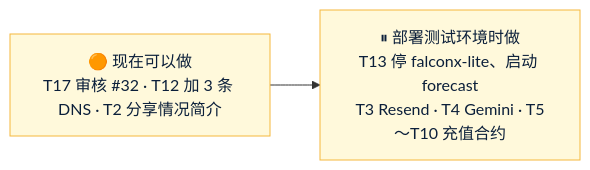
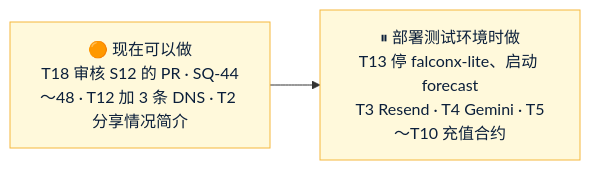
The diagram in Amos待办.md (dollar3651314/forecast), drawn with Mermaid before and after one commit. The commit also changed other lines of this file and 28 other files, not shown here.

````diff
--- a/Amos待办.md
+++ b/Amos待办.md
@@ -10,6 +10,6 @@
 ```mermaid
 flowchart LR
-    T["🟠 现在可以做<br/>T17 审核 #32 · T12 加 3 条 DNS · T2 分享情况简介"] --> D["⏸ 部署测试环境时做<br/>T13 停 falconx-lite、启动 forecast<br/>T3 Resend · T4 Gemini · T5～T10 充值合约"]
+    T["🟠 现在可以做<br/>T18 审核 S12 的 PR · SQ-44～48 · T12 加 3 条 DNS · T2 分享情况简介"] --> D["⏸ 部署测试环境时做<br/>T13 停 falconx-lite、启动 forecast<br/>T3 Resend · T4 Gemini · T5～T10 充值合约"]
     classDef amos fill:#FFF9DB,stroke:#F5B83D,color:#0B1F3A
     class T,D amos
 ```
````
